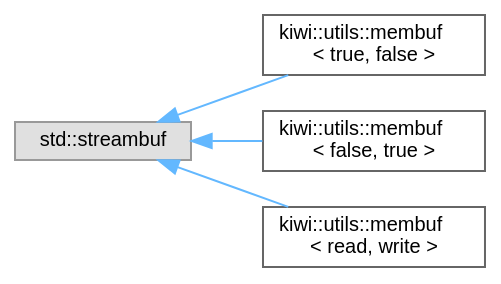
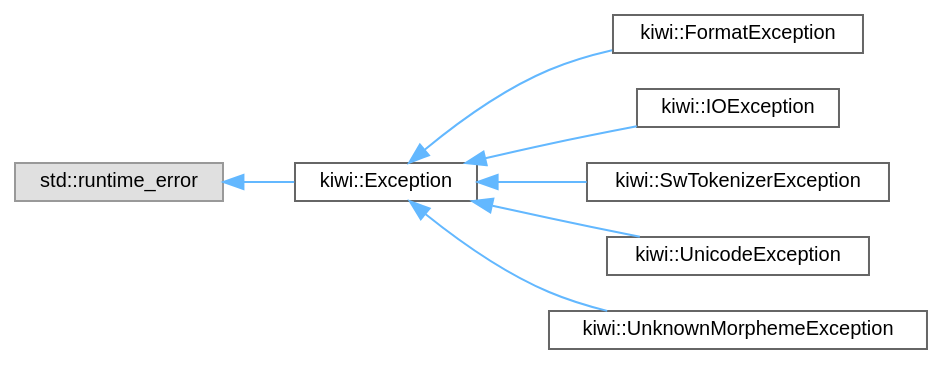
Before and after one commit to bab2min/Kiwi: the diagram in inherit_graph_141.dot, drawn with Graphviz. The commit also changed 89 other files, not shown here.

```diff
--- a/inherit_graph_141.dot
+++ b/inherit_graph_141.dot
@@ -1,15 +1,21 @@
 digraph "Graphical Class Hierarchy"
 {
  // LATEX_PDF_SIZE
   bgcolor="transparent";
   edge [fontname=Helvetica,fontsize=10,labelfontname=Helvetica,labelfontsize=10];
   node [fontname=Helvetica,fontsize=10,shape=box,height=0.2,width=0.4];
   rankdir="LR";
-  Node0 [id="Node000000",label="std::streambuf",height=0.2,width=0.4,color="grey60", fillcolor="#E0E0E0", style="filled",tooltip=" "];
-  Node0 -> Node1 [id="edge31_Node000000_Node000001",dir="back",color="steelblue1",style="solid",tooltip=" "];
-  Node1 [id="Node000001",label="kiwi::utils::membuf\l\< true, false \>",height=0.2,width=0.4,color="grey40", fillcolor="white", style="filled",URL="$structkiwi_1_1utils_1_1membuf.html",tooltip=" "];
-  Node0 -> Node2 [id="edge32_Node000000_Node000002",dir="back",color="steelblue1",style="solid",tooltip=" "];
-  Node2 [id="Node000002",label="kiwi::utils::membuf\l\< false, true \>",height=0.2,width=0.4,color="grey40", fillcolor="white", style="filled",URL="$structkiwi_1_1utils_1_1membuf.html",tooltip=" "];
-  Node0 -> Node3 [id="edge33_Node000000_Node000003",dir="back",color="steelblue1",style="solid",tooltip=" "];
-  Node3 [id="Node000003",label="kiwi::utils::membuf\l\< read, write \>",height=0.2,width=0.4,color="grey40", fillcolor="white", style="filled",URL="$structkiwi_1_1utils_1_1membuf.html",tooltip=" "];
+  Node0 [id="Node000000",label="std::runtime_error",height=0.2,width=0.4,color="grey60", fillcolor="#E0E0E0", style="filled",tooltip=" "];
+  Node0 -> Node1 [id="edge25_Node000000_Node000001",dir="back",color="steelblue1",style="solid",tooltip=" "];
+  Node1 [id="Node000001",label="kiwi::Exception",height=0.2,width=0.4,color="grey40", fillcolor="white", style="filled",URL="$classkiwi_1_1Exception.html",tooltip=" "];
+  Node1 -> Node2 [id="edge26_Node000001_Node000002",dir="back",color="steelblue1",style="solid",tooltip=" "];
+  Node2 [id="Node000002",label="kiwi::FormatException",height=0.2,width=0.4,color="grey40", fillcolor="white", style="filled",URL="$classkiwi_1_1FormatException.html",tooltip=" "];
+  Node1 -> Node3 [id="edge27_Node000001_Node000003",dir="back",color="steelblue1",style="solid",tooltip=" "];
+  Node3 [id="Node000003",label="kiwi::IOException",height=0.2,width=0.4,color="grey40", fillcolor="white", style="filled",URL="$classkiwi_1_1IOException.html",tooltip=" "];
+  Node1 -> Node4 [id="edge28_Node000001_Node000004",dir="back",color="steelblue1",style="solid",tooltip=" "];
+  Node4 [id="Node000004",label="kiwi::SwTokenizerException",height=0.2,width=0.4,color="grey40", fillcolor="white", style="filled",URL="$classkiwi_1_1SwTokenizerException.html",tooltip=" "];
+  Node1 -> Node5 [id="edge29_Node000001_Node000005",dir="back",color="steelblue1",style="solid",tooltip=" "];
+  Node5 [id="Node000005",label="kiwi::UnicodeException",height=0.2,width=0.4,color="grey40", fillcolor="white", style="filled",URL="$classkiwi_1_1UnicodeException.html",tooltip=" "];
+  Node1 -> Node6 [id="edge30_Node000001_Node000006",dir="back",color="steelblue1",style="solid",tooltip=" "];
+  Node6 [id="Node000006",label="kiwi::UnknownMorphemeException",height=0.2,width=0.4,color="grey40", fillcolor="white", style="filled",URL="$classkiwi_1_1UnknownMorphemeException.html",tooltip=" "];
 }
```
